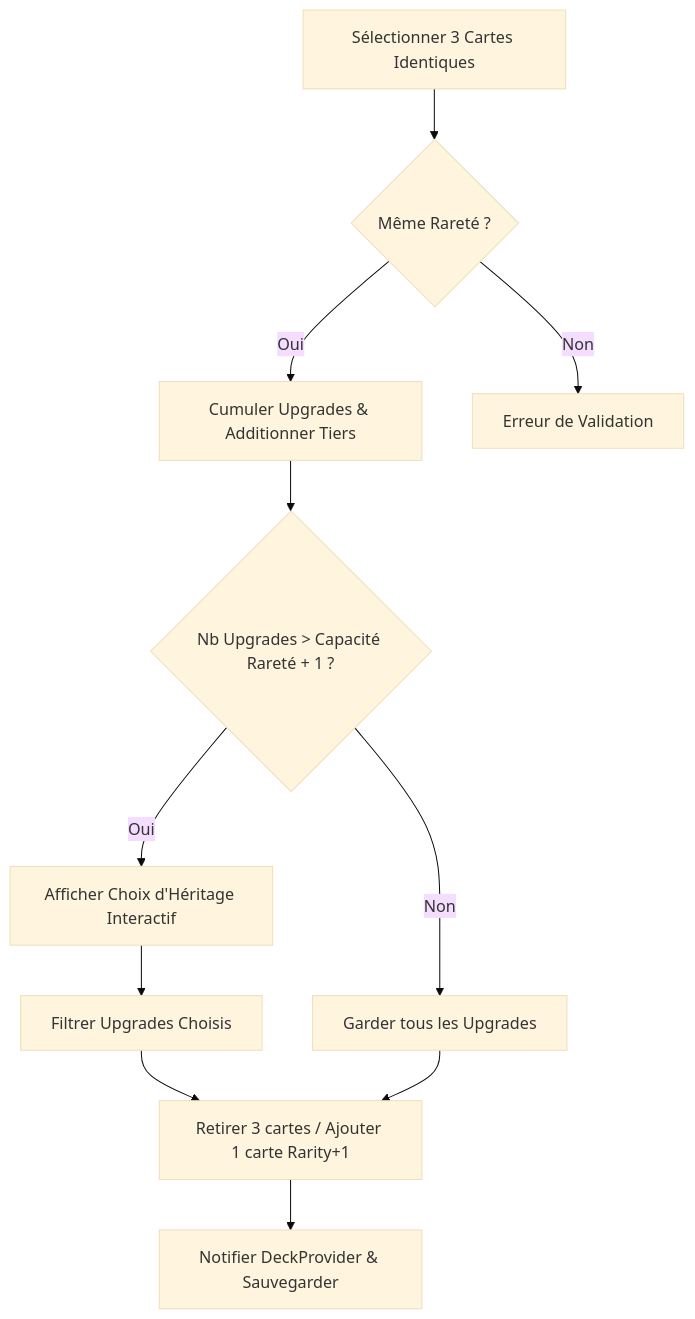
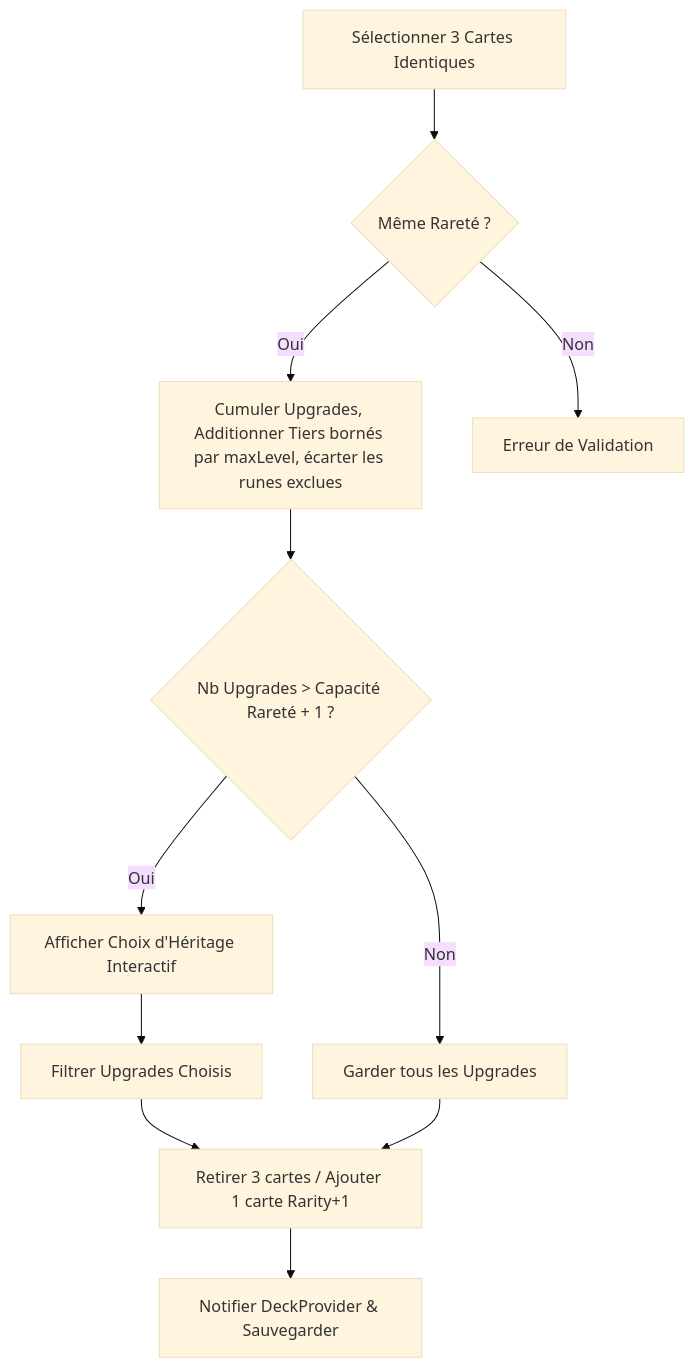
Before and after one commit to Hex-Umbra/hero-s-draft: the second of 2 diagrams in .obsidian_vault/_patterns/10-00-architecture-du-systeme-de-forge-et-de-fusion.md, drawn with Mermaid (base theme). The commit also changed other lines of this file and 32 other files, not shown here.

````diff
--- a/.obsidian_vault/_patterns/10-00-architecture-du-systeme-de-forge-et-de-fusion.md
+++ b/.obsidian_vault/_patterns/10-00-architecture-du-systeme-de-forge-et-de-fusion.md
@@ -100,13 +125,13 @@
 ```mermaid
 graph TD
     SelectMerge[Sélectionner 3 Cartes Identiques] --> CheckRarity{Même Rareté ?}
-    CheckRarity -- Oui --> Consolidate[Cumuler Upgrades & Additionner Tiers]
+    CheckRarity -- Oui --> Consolidate[Cumuler Upgrades, Additionner Tiers bornés par maxLevel, écarter les runes exclues]
     CheckRarity -- Non --> Fail[Erreur de Validation]
     Consolidate --> CheckCap{Nb Upgrades > Capacité Rareté + 1 ?}
     CheckCap -- Oui --> UIInherit[Afficher Choix d'Héritage Interactif]
     UIInherit --> Clamped[Filtrer Upgrades Choisis]
     CheckCap -- Non --> Save[Garder tous les Upgrades]
     Clamped --> AddMerged[Retirer 3 cartes / Ajouter 1 carte Rarity+1]
     Save --> AddMerged
     AddMerged --> DeckUpdate[Notifier DeckProvider & Sauvegarder]
 ```
````
